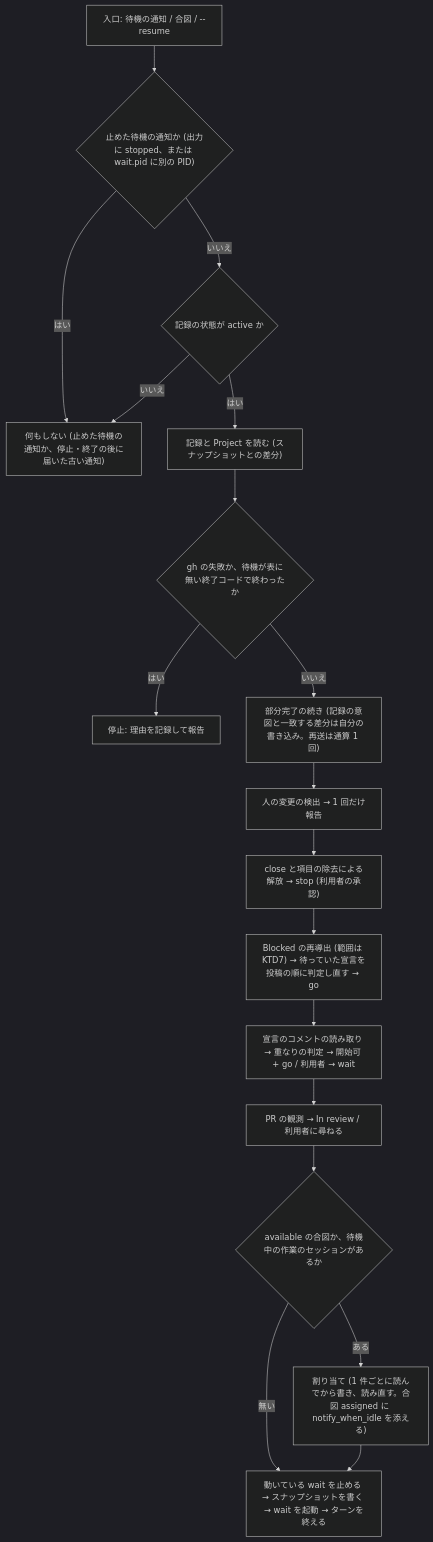
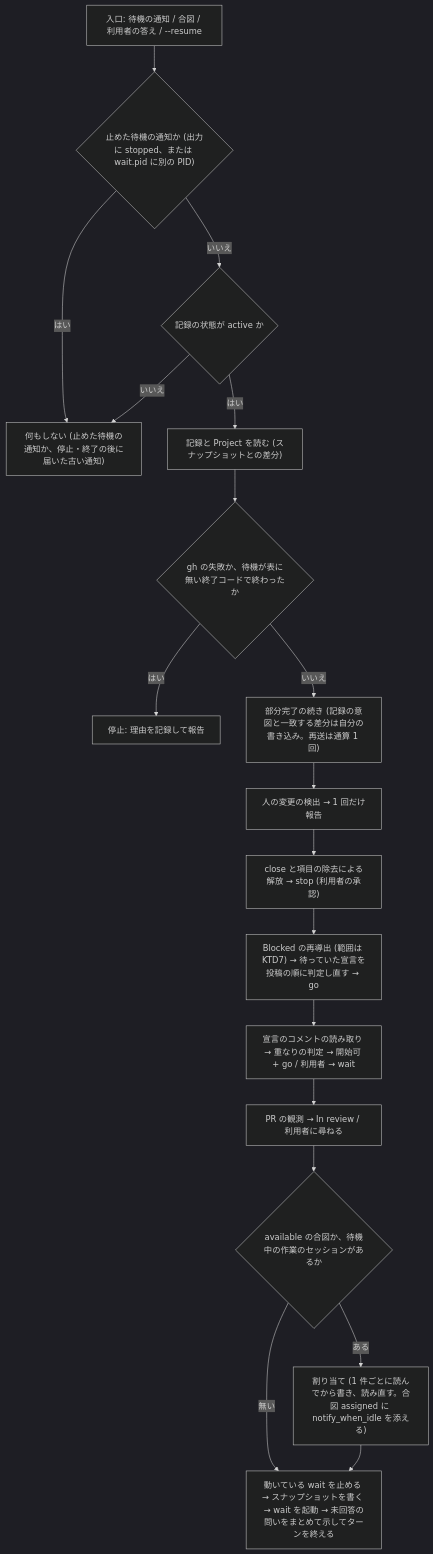
The third of 3 diagrams in docs/plans/2026-10-06-2025-feat-issue-dispatch-plan.md (akm/claude-plugins), drawn with Mermaid (dark theme) before and after one commit. The commit also changed other lines of this file, not shown here.

````diff
--- a/docs/plans/2026-10-06-2025-feat-issue-dispatch-plan.md
+++ b/docs/plans/2026-10-06-2025-feat-issue-dispatch-plan.md
@@ -582,20 +591,20 @@
 ```mermaid
 flowchart TB
-  E["入口: 待機の通知 / 合図 / --resume"] --> SP{"止めた待機の通知か (出力に stopped、または wait.pid に別の PID)"}
+  E["入口: 待機の通知 / 合図 / 利用者の答え / --resume"] --> SP{"止めた待機の通知か (出力に stopped、または wait.pid に別の PID)"}
   SP -- はい --> N["何もしない (止めた待機の通知か、停止・終了の後に届いた古い通知)"]
   SP -- いいえ --> ST{"記録の状態が active か"}
   ST -- いいえ --> N
   ST -- はい --> R0["記録と Project を読む (スナップショットとの差分)"]
   R0 --> X{"gh の失敗か、待機が表に無い終了コードで終わったか"}
   X -- はい --> S1["停止: 理由を記録して報告"]
   X -- いいえ --> Q["部分完了の続き (記録の意図と一致する差分は自分の書き込み。再送は通算 1 回)"]
   Q --> H["人の変更の検出 → 1 回だけ報告"]
   H --> C["close と項目の除去による解放 → stop (利用者の承認)"]
   C --> B["Blocked の再導出 (範囲は KTD7) → 待っていた宣言を投稿の順に判定し直す → go"]
   B --> D["宣言のコメントの読み取り → 重なりの判定 → 開始可 + go / 利用者 → wait"]
   D --> P["PR の観測 → In review / 利用者に尋ねる"]
   P --> A{"available の合図か、待機中の作業のセッションがあるか"}
   A -- ある --> AS["割り当て (1 件ごとに読んでから書き、読み直す。合図 assigned に notify_when_idle を添える)"]
   A -- 無い --> W
-  AS --> W["動いている wait を止める → スナップショットを書く → wait を起動 → ターンを終える"]
+  AS --> W["動いている wait を止める → スナップショットを書く → wait を起動 → 未回答の問いをまとめて示してターンを終える"]
 ```
````
